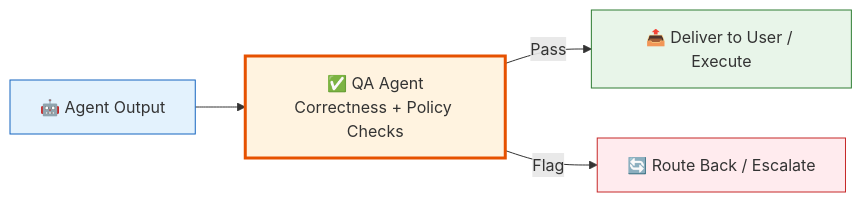
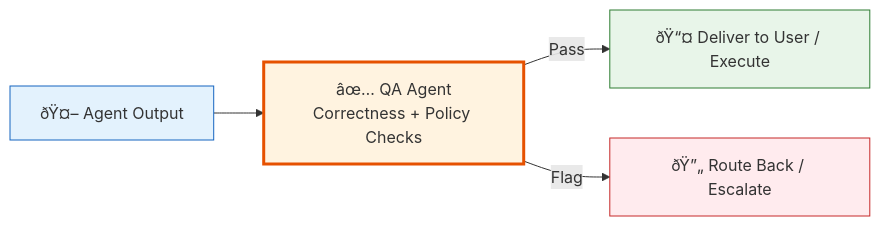
One commit to Driftloom/Vaeloom changed the diagram in Docs/Testing/README.md. Above: the diagram before and after it, drawn with Mermaid. The commit also changed other lines of this file and 249 other files, not shown here.

````diff
--- a/Docs/Testing/README.md
+++ b/Docs/Testing/README.md
@@ -41,16 +41,16 @@
 ```mermaid
 graph LR
-    AO["🤖 Agent Output"] --> QA["✅ QA Agent<br/>Correctness + Policy Checks"]
-    QA -->|Pass| DEL["📤 Deliver to User / Execute"]
-    QA -->|Flag| RB["🔄 Route Back / Escalate"]
+    AO["ðŸ¤– Agent Output"] --> QA["âœ… QA Agent<br/>Correctness + Policy Checks"]
+    QA -->|Pass| DEL["ðŸ“¤ Deliver to User / Execute"]
+    QA -->|Flag| RB["ðŸ”„ Route Back / Escalate"]
 
     classDef output fill:#e3f2fd,stroke:#1565c0
     classDef qa fill:#fff3e0,stroke:#e65100,stroke-width:3px
     classDef result fill:#e8f5e9,stroke:#2e7d32
     classDef flag fill:#ffebee,stroke:#c62828
 
     class AO output
     class QA qa
     class DEL result
     class RB flag
 ```
````
